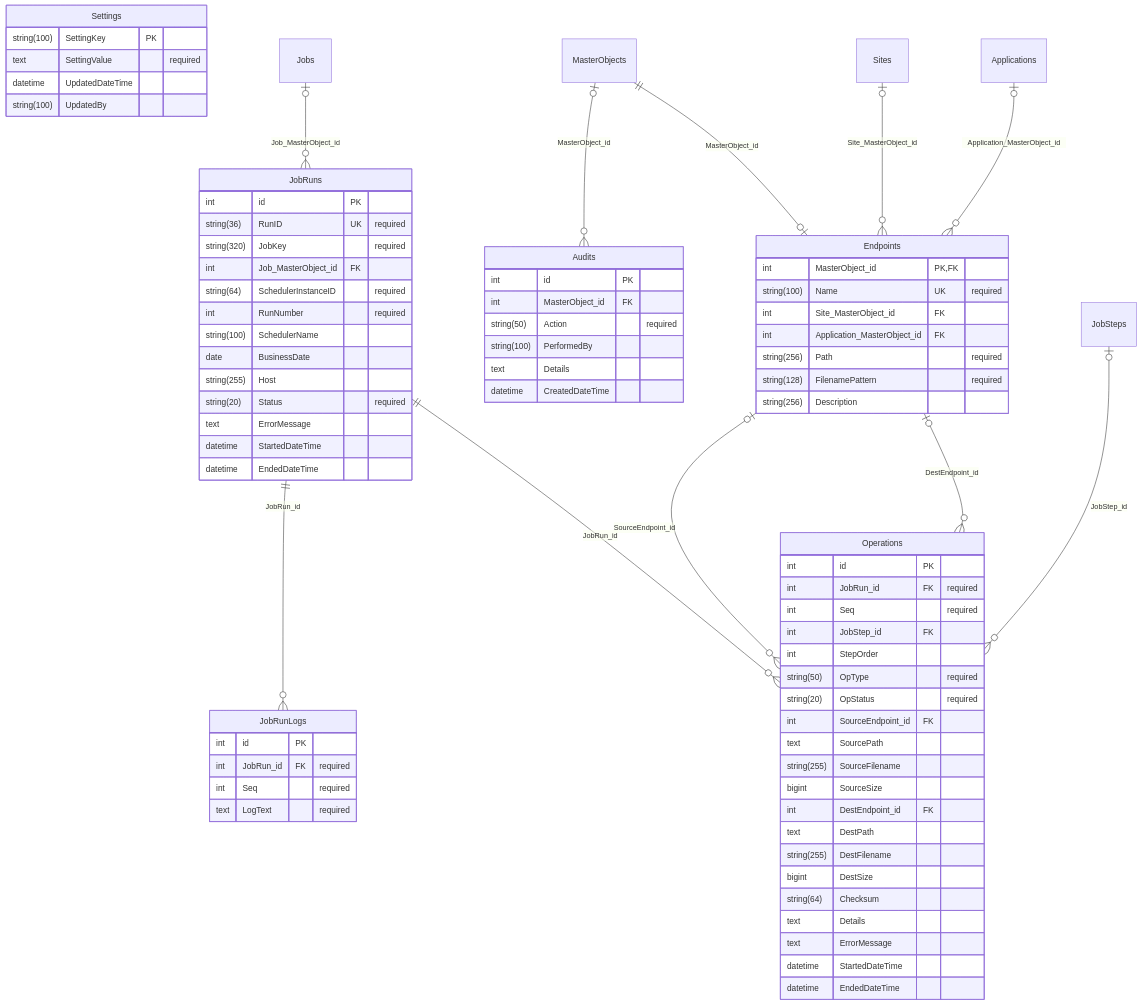
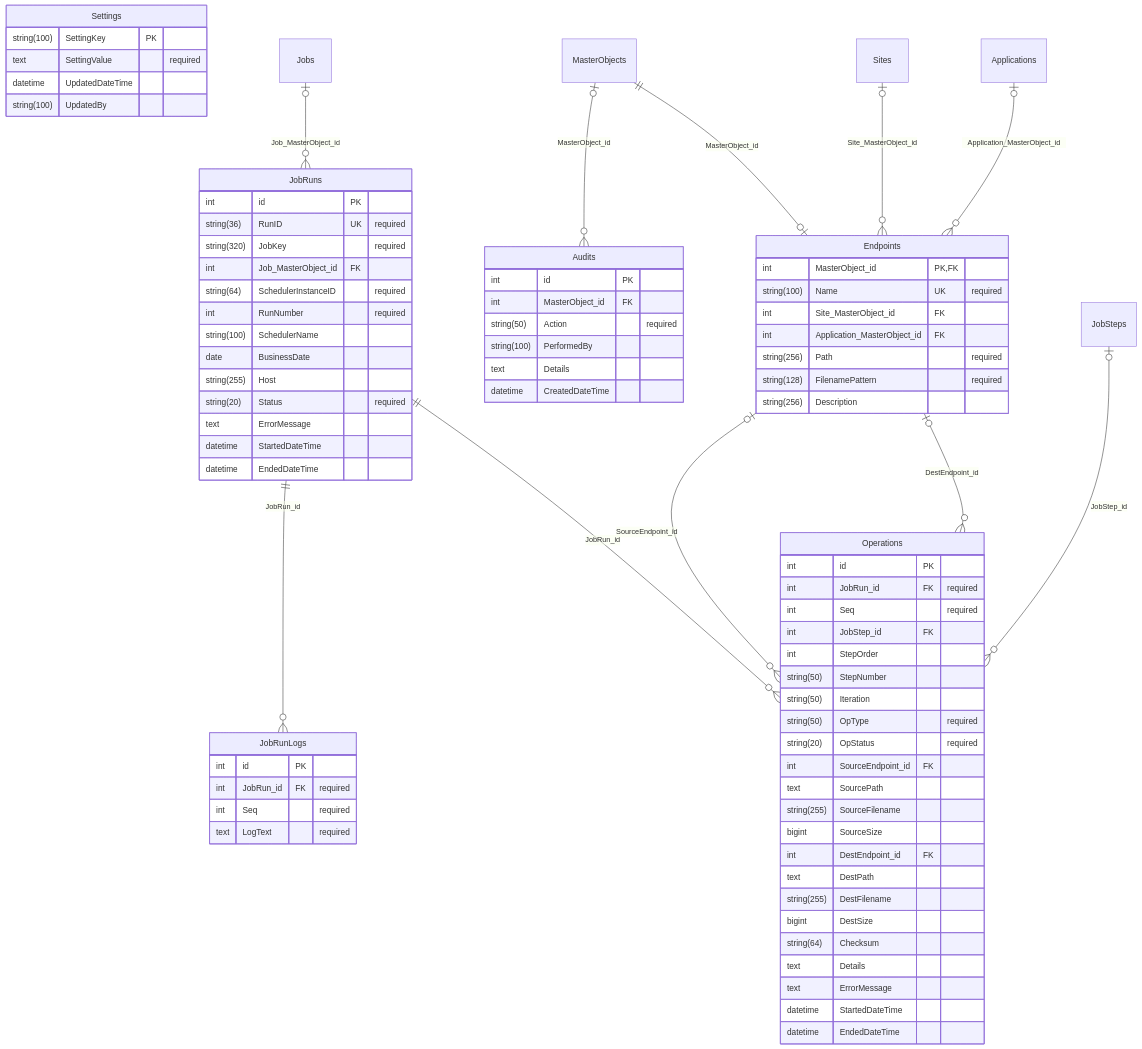
Before and after one commit to JayCBoal/AutomationApp: the fourth of 4 diagrams in docs/DB_SCHEMA.md, drawn with Mermaid. The commit also changed other lines of this file and 42 other files, not shown here.

First line of the commit message:
Flow control, brought over from RunMyFiles

````diff
--- a/docs/DB_SCHEMA.md
+++ b/docs/DB_SCHEMA.md
@@ -182,79 +187,81 @@
 ```mermaid
 erDiagram
     Endpoints {
         int MasterObject_id PK, FK
         string(100) Name UK "required"
         int Site_MasterObject_id FK
         int Application_MasterObject_id FK
         string(256) Path "required"
         string(128) FilenamePattern "required"
         string(256) Description
     }
     JobRuns {
         int id PK
         string(36) RunID UK "required"
         string(320) JobKey "required"
         int Job_MasterObject_id FK
         string(64) SchedulerInstanceID "required"
         int RunNumber "required"
         string(100) SchedulerName
         date BusinessDate
         string(255) Host
         string(20) Status "required"
         text ErrorMessage
         datetime StartedDateTime
         datetime EndedDateTime
     }
     JobRunLogs {
         int id PK
         int JobRun_id FK "required"
         int Seq "required"
         text LogText "required"
     }
     Operations {
         int id PK
         int JobRun_id FK "required"
         int Seq "required"
         int JobStep_id FK
         int StepOrder
+        string(50) StepNumber
+        string(50) Iteration
         string(50) OpType "required"
         string(20) OpStatus "required"
         int SourceEndpoint_id FK
         text SourcePath
         string(255) SourceFilename
         bigint SourceSize
         int DestEndpoint_id FK
         text DestPath
         string(255) DestFilename
         bigint DestSize
         string(64) Checksum
         text Details
         text ErrorMessage
         datetime StartedDateTime
         datetime EndedDateTime
     }
     Audits {
         int id PK
         int MasterObject_id FK
         string(50) Action "required"
         string(100) PerformedBy
         text Details
         datetime CreatedDateTime
     }
     Settings {
         string(100) SettingKey PK
         text SettingValue "required"
         datetime UpdatedDateTime
         string(100) UpdatedBy
     }
     MasterObjects |o--o{ Audits : "MasterObject_id"
     Jobs |o--o{ JobRuns : "Job_MasterObject_id"
     MasterObjects ||--o| Endpoints : "MasterObject_id"
     Sites |o--o{ Endpoints : "Site_MasterObject_id"
     Applications |o--o{ Endpoints : "Application_MasterObject_id"
     JobRuns ||--o{ JobRunLogs : "JobRun_id"
     JobRuns ||--o{ Operations : "JobRun_id"
     JobSteps |o--o{ Operations : "JobStep_id"
     Endpoints |o--o{ Operations : "SourceEndpoint_id"
     Endpoints |o--o{ Operations : "DestEndpoint_id"
 ```
````
